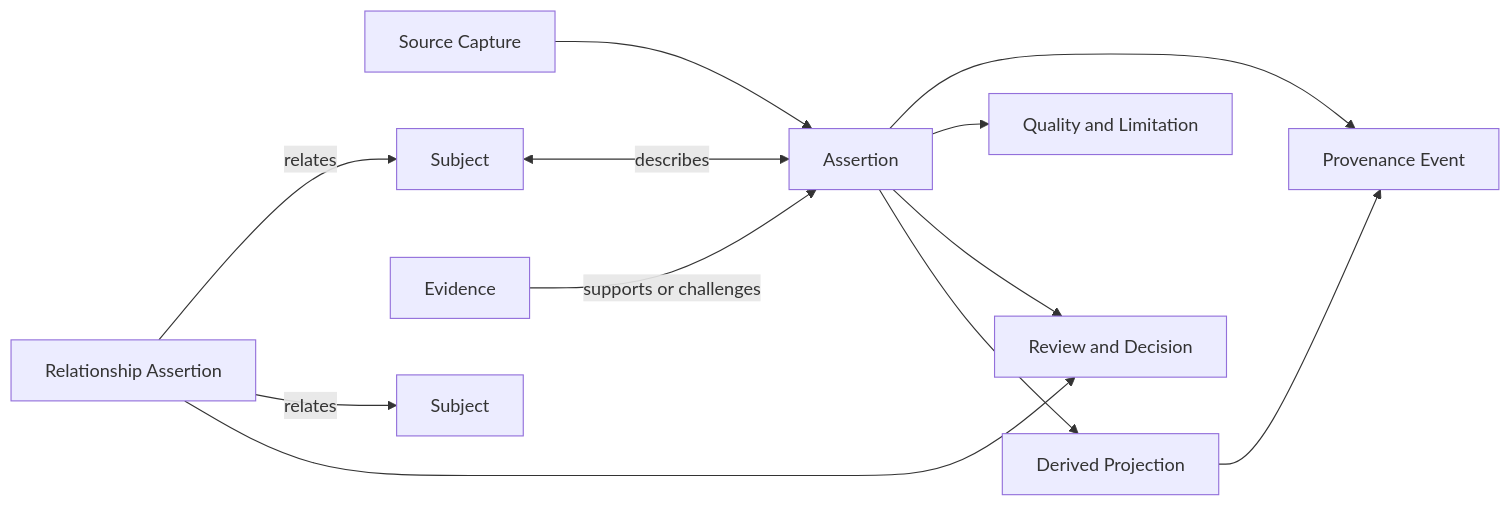
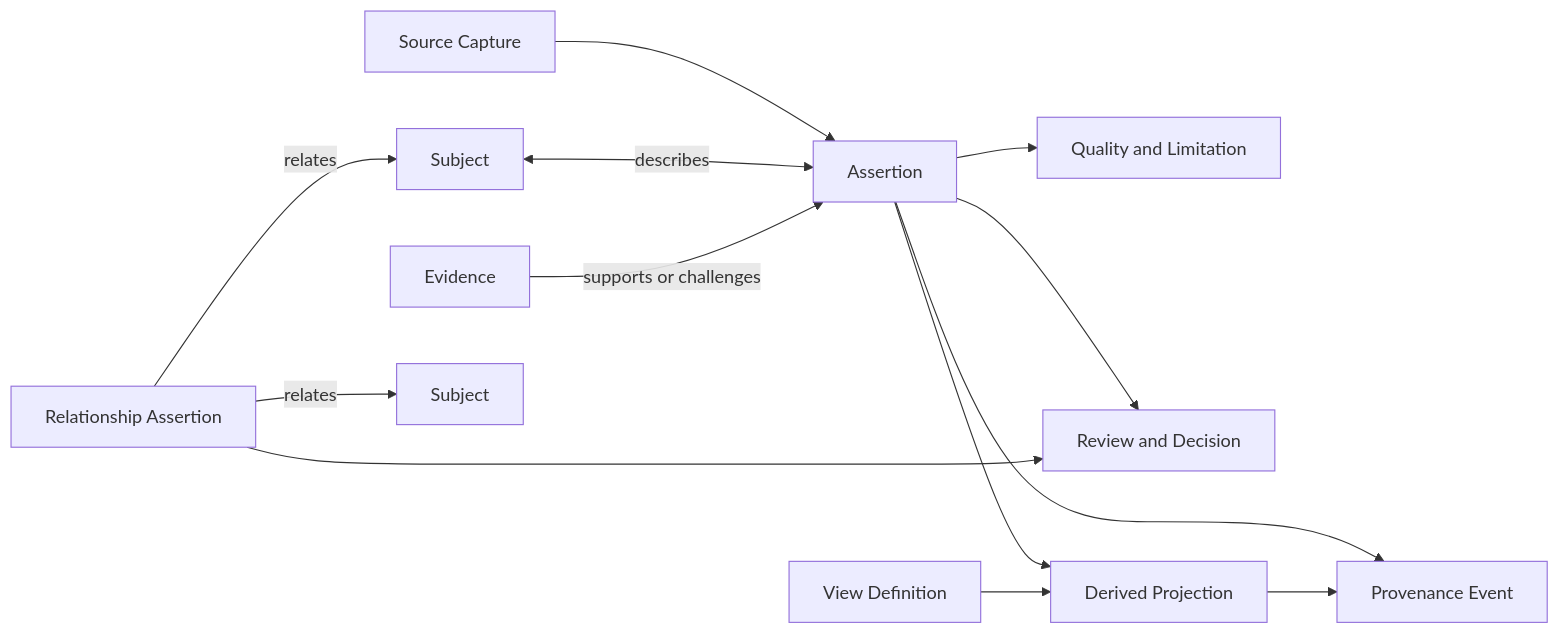
The first of 2 diagrams in architecture/DATA_ARCHITECTURE.md (Deim0s13/bian), drawn with Mermaid before and after one commit. The commit also changed other lines of this file and 20 other files, not shown here.

Commit message:
Created initial draft of information and security architecture and incorporated this into the various documents needed

````diff
--- a/architecture/DATA_ARCHITECTURE.md
+++ b/architecture/DATA_ARCHITECTURE.md
@@ -67,14 +83,15 @@
 ```mermaid
 flowchart LR
     Source["Source Capture"] --> Assertion["Assertion"]
     Subject["Subject"] <-->|"describes"| Assertion
     Assertion --> Provenance["Provenance Event"]
     Assertion --> Quality["Quality and Limitation"]
     Assertion --> Review["Review and Decision"]
     Evidence["Evidence"] -->|"supports or challenges"| Assertion
     Relationship["Relationship Assertion"] -->|"relates"| Subject
     Relationship -->|"relates"| Subject2["Subject"]
     Relationship --> Review
     Projection["Derived Projection"] --> Provenance
     Assertion --> Projection
+    View["View Definition"] --> Projection
 ```
````
